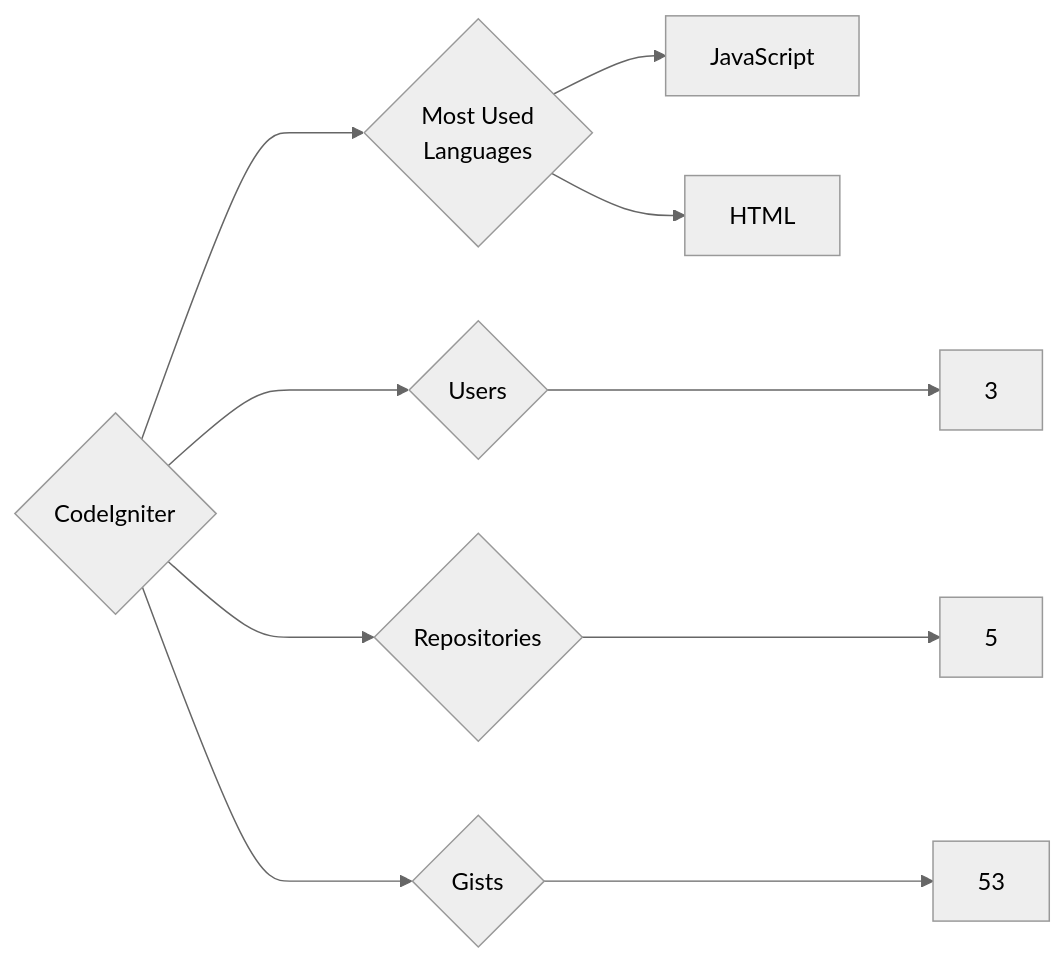
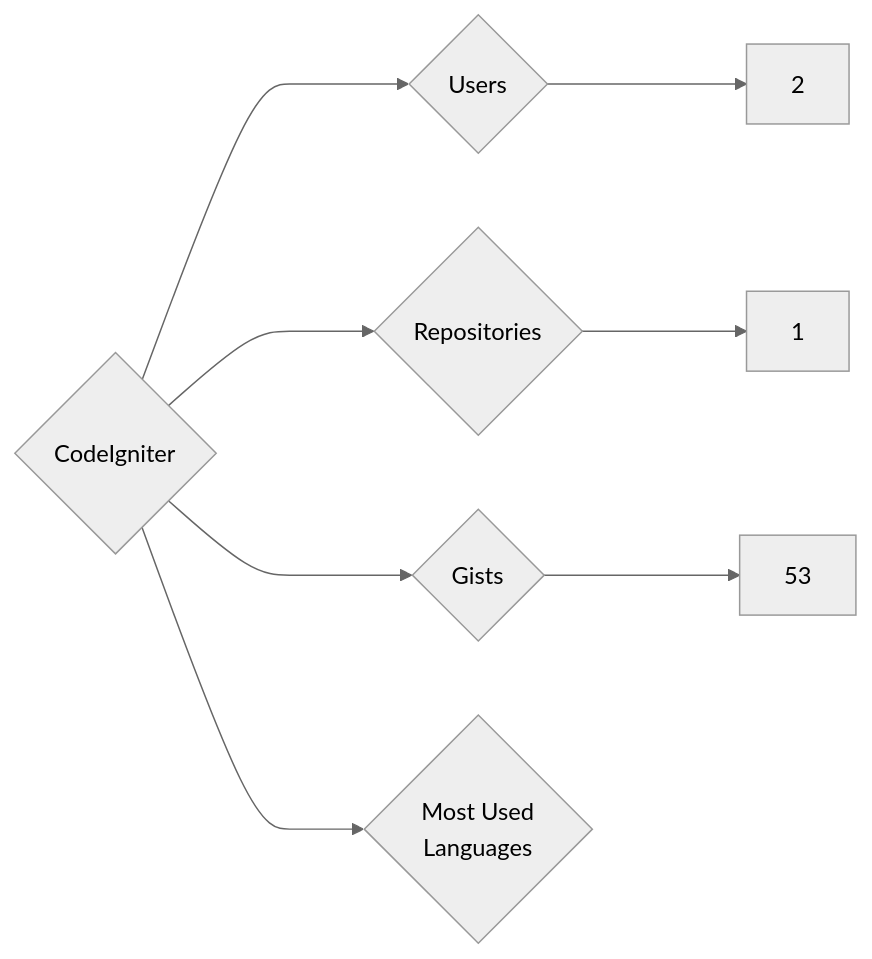
The diagram in targets/CodeIgniter/README.md (trickest/insiders), drawn with Mermaid (neutral theme) before and after one commit. The commit also changed 776 other files, not shown here.

````diff
--- a/targets/CodeIgniter/README.md
+++ b/targets/CodeIgniter/README.md
@@ -3,10 +3,8 @@
 ```mermaid
 graph LR
 COMPANY_NAME{CodeIgniter}
-COMPANY_NAME ---> U{Users} ---> UN[3]
-COMPANY_NAME ---> R{Repositories} ---> RN[5]
+COMPANY_NAME ---> U{Users} ---> UN[2]
+COMPANY_NAME ---> R{Repositories} ---> RN[1]
 COMPANY_NAME ---> G{Gists} ---> GN[53]
 COMPANY_NAME ---> ML{Most Used<br>Languages}
-ML --> JavaScript[JavaScript]
-ML --> HTML[HTML]
 ```
````
